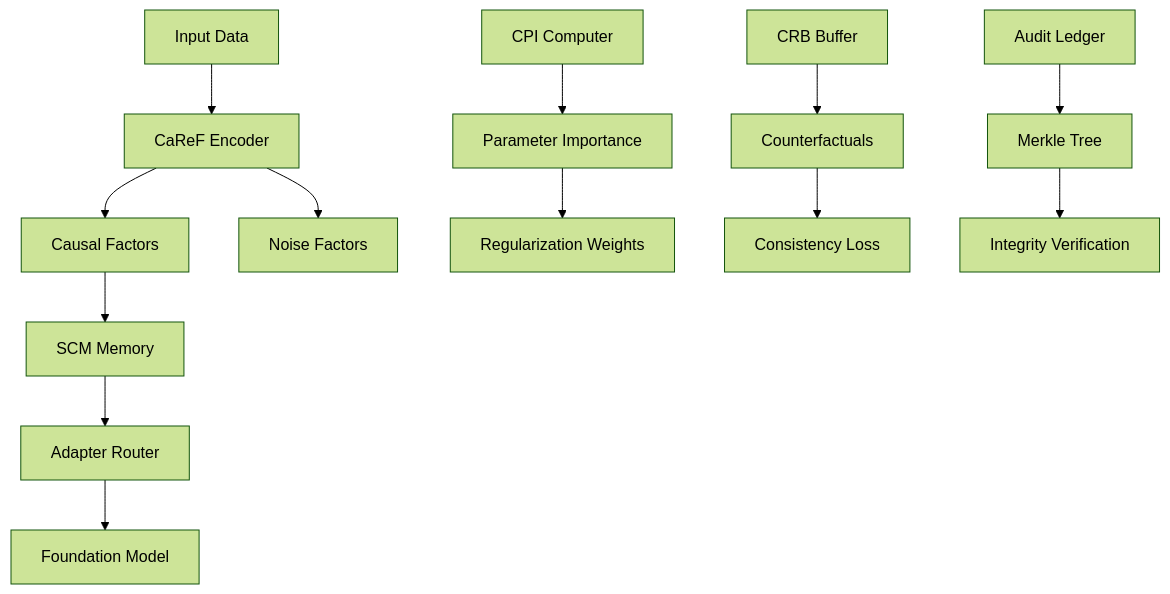
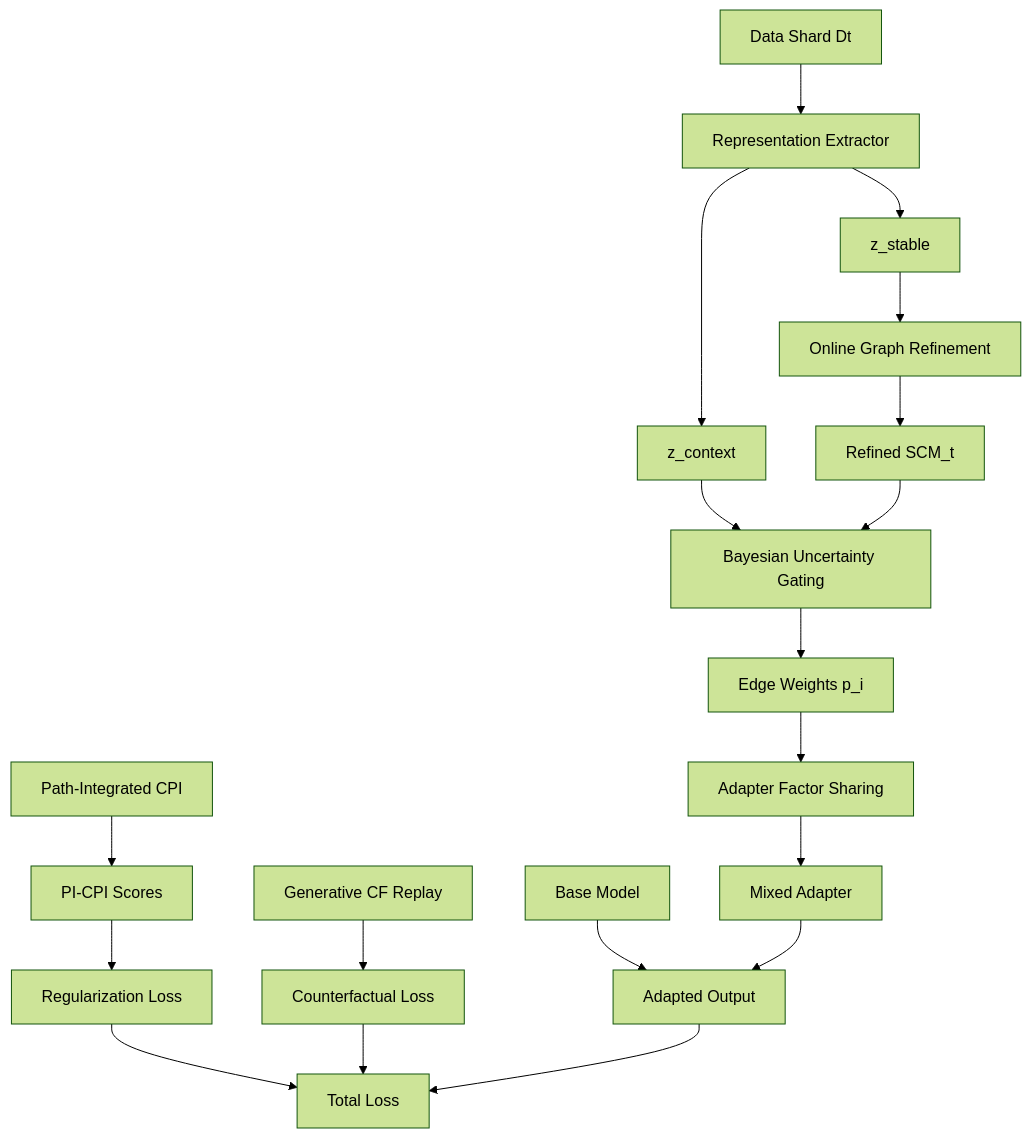
Before and after one commit to vinhqdang/causal-ai-robust-intelligent: the diagram in README.md, drawn with Mermaid (forest theme). The commit also changed other lines of this file and 12 other files, not shown here.

````diff
--- a/README.md
+++ b/README.md
@@ -23,18 +23,28 @@
 ```mermaid
 graph TB
-    A[Input Data] --> B[CaReF Encoder]
-    B --> C[Causal Factors]
-    B --> D[Noise Factors]
-    C --> E[SCM Memory]
-    E --> F[Adapter Router]
-    F --> G[Foundation Model]
+    A[Data Shard Dt] --> B[Representation Extractor]
+    B --> C[z_stable]
+    B --> D[z_context]
     
-    H[CPI Computer] --> I[Parameter Importance]
-    I --> J[Regularization Weights]
+    C --> E[Online Graph Refinement]
+    E --> F[Refined SCM_t]
     
-    K[CRB Buffer] --> L[Counterfactuals]
-    L --> M[Consistency Loss]
+    D --> G[Bayesian Uncertainty Gating]
+    F --> G
+    G --> H[Edge Weights p_i]
     
-    N[Audit Ledger] --> O[Merkle Tree]
-    O --> P[Integrity Verification]
+    H --> I[Adapter Factor Sharing]
+    I --> J[Mixed Adapter]
+    
+    K[Base Model] --> L[Adapted Output]
+    J --> L
+    
+    M[Path-Integrated CPI] --> N[PI-CPI Scores]
+    N --> O[Regularization Loss]
+    
+    P[Generative CF Replay] --> Q[Counterfactual Loss]
+    
+    O --> R[Total Loss]
+    Q --> R
+    L --> R
 ```
````
